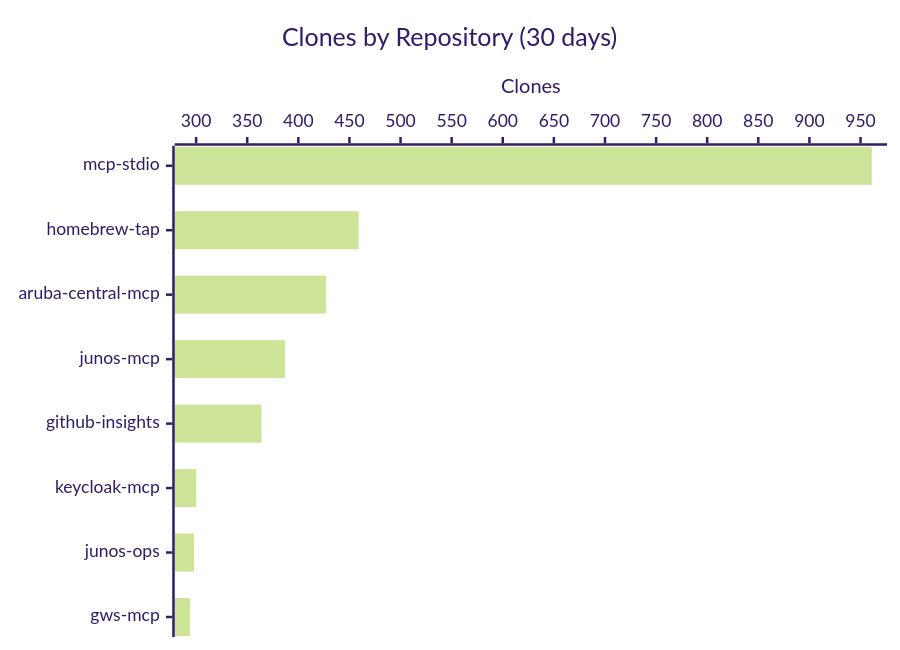
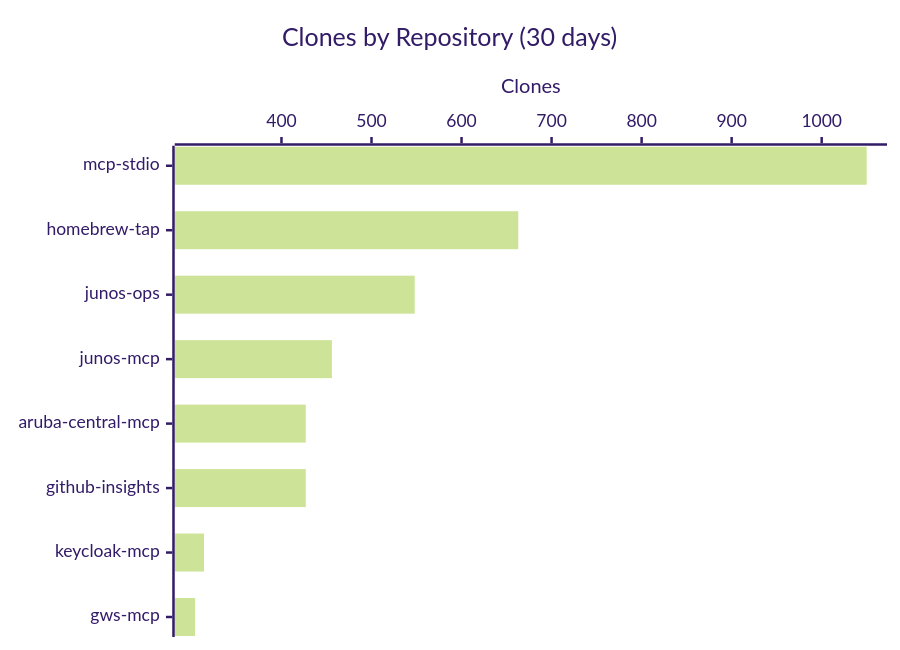
One commit to shigechika/github-insights changed the third of 3 diagrams in README.md. Above: the diagram before and after it, drawn with Mermaid (forest theme). The commit also changed other lines of this file and 1 other file, not shown here.

````diff
--- a/README.md
+++ b/README.md
@@ -32,7 +32,7 @@
 ```mermaid
 xychart-beta horizontal
     title "Clones by Repository (30 days)"
-    x-axis ["mcp-stdio", "homebrew-tap", "aruba-central-mcp", "junos-mcp", "github-insights", "keycloak-mcp", "junos-ops", "gws-mcp"]
+    x-axis ["mcp-stdio", "homebrew-tap", "junos-ops", "junos-mcp", "aruba-central-mcp", "github-insights", "keycloak-mcp", "gws-mcp"]
     y-axis "Clones"
-    bar [961, 459, 427, 387, 364, 300, 298, 294]
+    bar [1050, 663, 548, 456, 427, 427, 314, 304]
 ```
````
